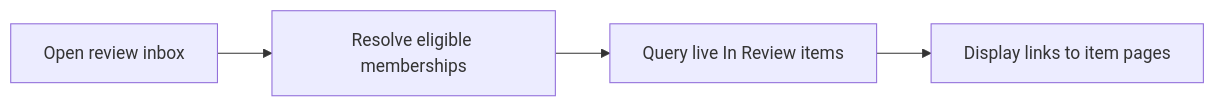
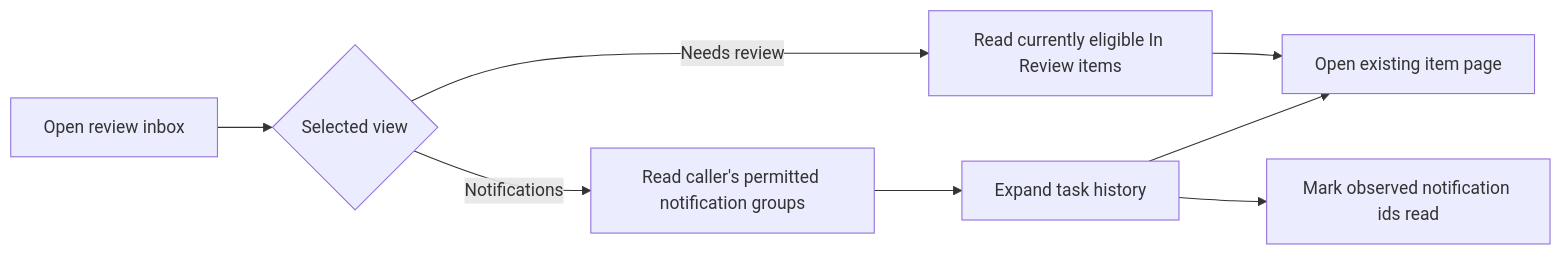
The diagram in docs/plans/14-review-inbox.md (unishare-oss/uniloom), drawn with Mermaid before and after one commit. The commit also changed other lines of this file and 9 other files, not shown here.

Commit message:
feat(web): build live review inbox with per-user read controls

````diff
--- a/docs/plans/14-review-inbox.md
+++ b/docs/plans/14-review-inbox.md
@@ -40,7 +47,10 @@
 ```mermaid
 flowchart LR
-    A["Open review inbox"] --> B
-    B["Resolve eligible memberships"] --> C
-    C["Query live In Review items"] --> D
-    D["Display links to item pages"]
+    A[Open review inbox] --> B{Selected view}
+    B -- Needs review --> C[Read currently eligible In Review items]
+    B -- Notifications --> D[Read caller's permitted notification groups]
+    D --> E[Expand task history]
+    E --> F[Mark observed notification ids read]
+    C --> G[Open existing item page]
+    E --> G
 ```
````
